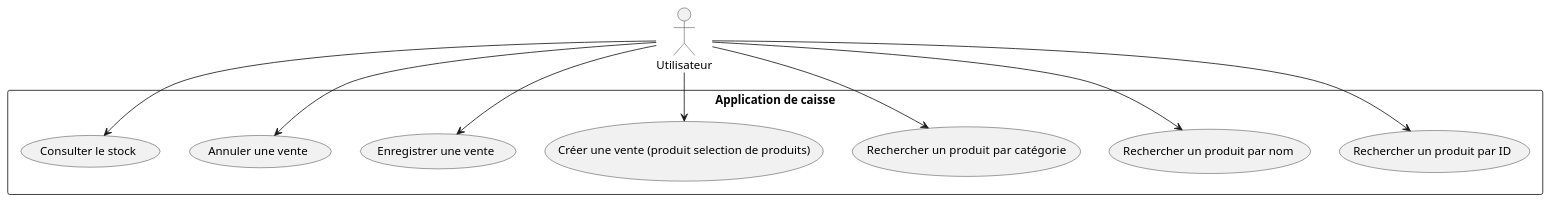
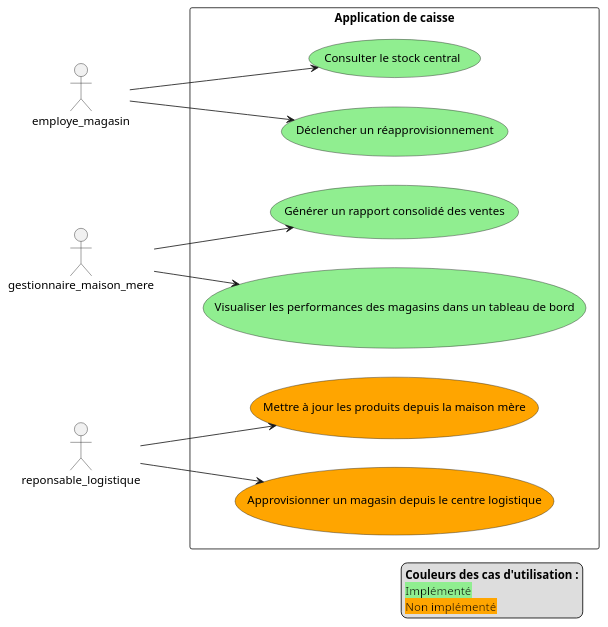
One commit to Anass1707/LOG430-labos changed the diagram in docs/UML/diagrammeCasUtilisation.puml. Above: the diagram before and after it, drawn with PlantUML. The commit also changed 17 other files, not shown here.

Commit message:
maj des diagrammes

```diff
--- a/docs/UML/diagrammeCasUtilisation.puml
+++ b/docs/UML/diagrammeCasUtilisation.puml
@@ -1,21 +1,31 @@
 @startuml
-actor Utilisateur as u
+
+left to right direction
+
+actor employe_magasin as e
+actor gestionnaire_maison_mere  as g
+actor reponsable_logistique as r
 
 rectangle "Application de caisse" {
-  usecase "Rechercher un produit par ID" as UC1
-  usecase "Rechercher un produit par nom" as UC2
-  usecase "Rechercher un produit par  catégorie" as UC3
-  usecase "Créer une vente (produit selection de produits)" as UC4
-  usecase "Enregistrer une vente" as UC5
-  usecase "Annuler une vente" as UC6
-  usecase "Consulter le stock" as UC7
+  usecase "Générer un rapport consolidé des ventes" as UC1 #LightGreen
+  usecase "Consulter le stock central" as UC2a #LightGreen
+  usecase "Déclencher un réapprovisionnement" as UC2b #LightGreen
+  usecase "Visualiser les performances des magasins dans un tableau de bord" as UC3 #LightGreen
+  usecase "Mettre à jour les produits depuis la maison mère" as UC4 #Orange
+  usecase "Approvisionner un magasin depuis le centre logistique" as UC6 #Orange
 }
 
-u --> UC1
-u --> UC2
-u --> UC3
-u --> UC4
-u --> UC5
-u --> UC6
-u --> UC7
+g --> UC1
+e --> UC2a
+e --> UC2b
+g --> UC3
+r --> UC4
+r --> UC6
+
+legend right
+  <b>Couleurs des cas d'utilisation :</b>
+  <back:LightGreen>Implémenté</back>
+  <back:Orange>Non implémenté</back>
+endlegend
+
 @enduml
```
